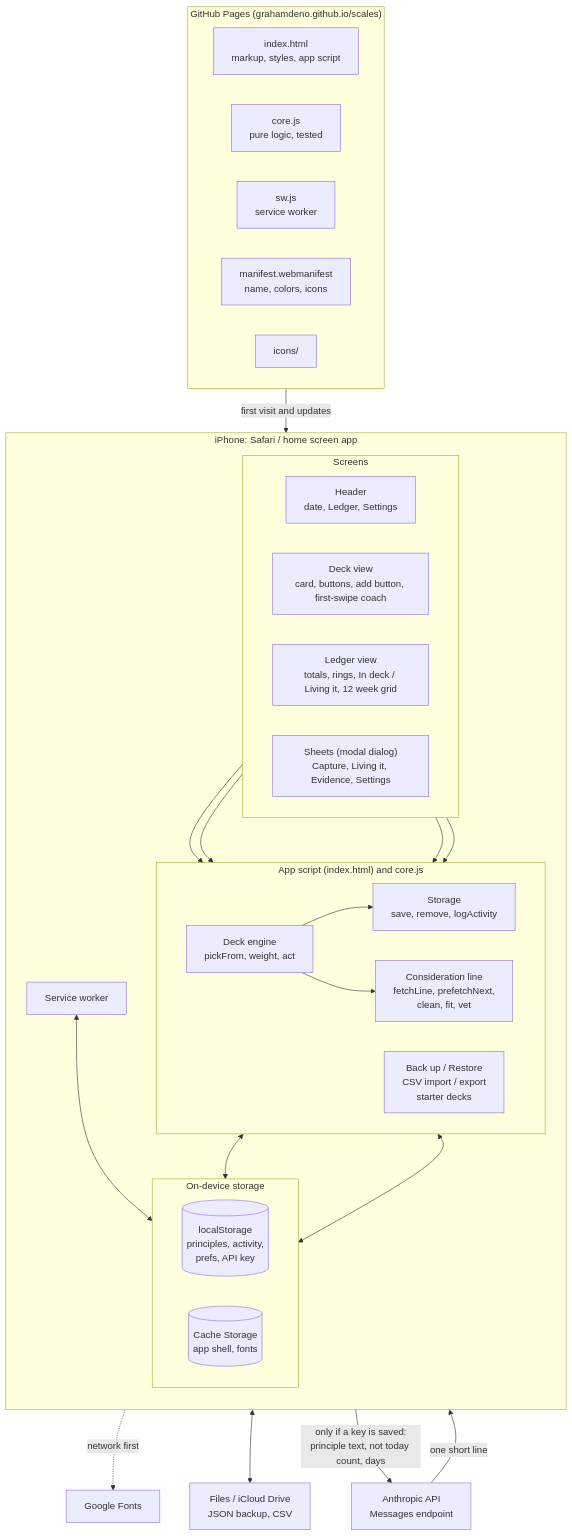
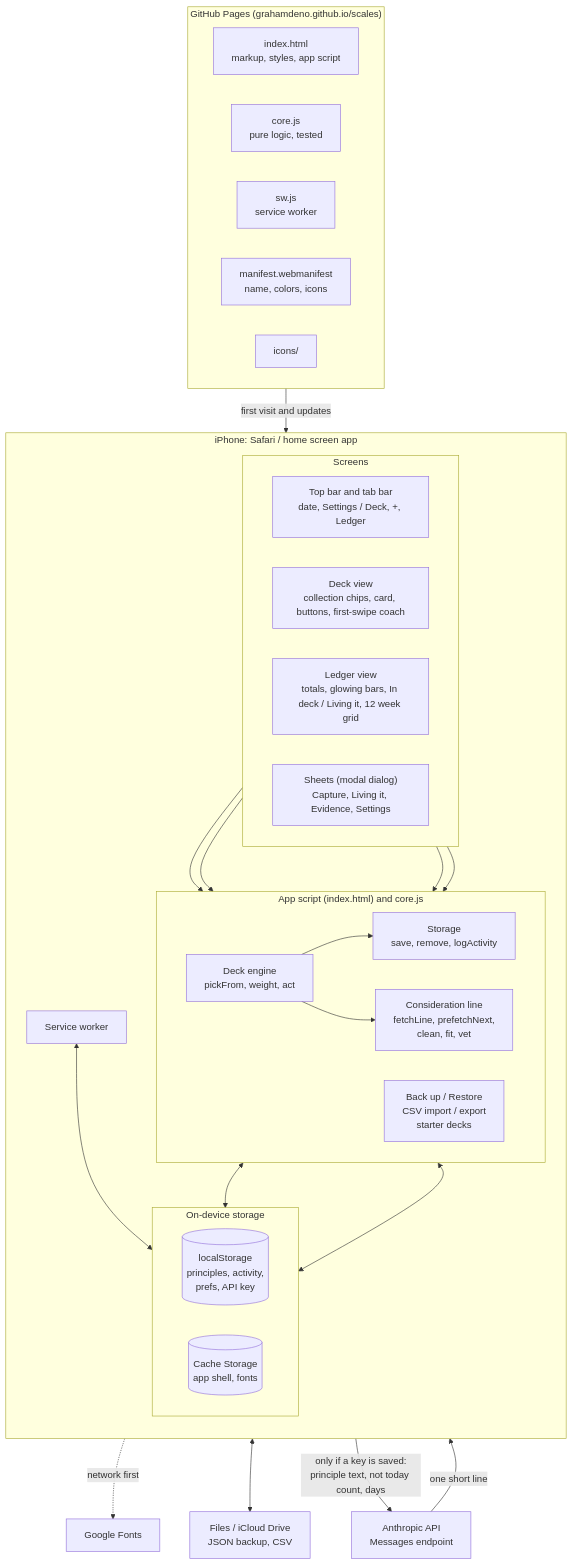
One commit to grahamdeno/scales changed the first of 3 diagrams in docs/ARCHITECTURE.md. Above: the diagram before and after it, drawn with Mermaid. The commit also changed 10 other files, not shown here.

Commit message:
Release 1.27.0: the new look. Hero card with tilt, glow and spring; frosted top bar and tab bar; Fraunces; glowing Ledger bars; collection chips

````diff
--- a/docs/ARCHITECTURE.md
+++ b/docs/ARCHITECTURE.md
@@ -16,59 +16,59 @@
 ```mermaid
 flowchart TB
     subgraph host["GitHub Pages (grahamdeno.github.io/scales)"]
         direction LR
         html["index.html<br/>markup, styles, app script"]
         corefile["core.js<br/>pure logic, tested"]
         swfile["sw.js<br/>service worker"]
         mani["manifest.webmanifest<br/>name, colors, icons"]
         icons["icons/"]
     end
 
     subgraph phone["iPhone: Safari / home screen app"]
         direction TB
 
         subgraph ui["Screens"]
             direction LR
-            header["Header<br/>date, Ledger, Settings"]
-            deck["Deck view<br/>card, buttons, add button, first-swipe coach"]
-            ledger["Ledger view<br/>totals, rings, In deck / Living it, 12 week grid"]
+            header["Top bar and tab bar<br/>date, Settings / Deck, +, Ledger"]
+            deck["Deck view<br/>collection chips, card, buttons, first-swipe coach"]
+            ledger["Ledger view<br/>totals, glowing bars, In deck / Living it, 12 week grid"]
             sheets["Sheets (modal dialog)<br/>Capture, Living it, Evidence, Settings"]
         end
 
         subgraph logic["App script (index.html) and core.js"]
             direction LR
             engine["Deck engine<br/>pickFrom, weight, act"]
             line["Consideration line<br/>fetchLine, prefetchNext,<br/>clean, fit, vet"]
             store["Storage<br/>save, remove, logActivity"]
             io["Back up / Restore<br/>CSV import / export<br/>starter decks"]
         end
 
         subgraph device["On-device storage"]
             direction LR
             ls[("localStorage<br/>principles, activity,<br/>prefs, API key")]
             cache[("Cache Storage<br/>app shell, fonts")]
         end
 
         sw["Service worker"]
     end
 
     fonts["Google Fonts"]
     api["Anthropic API<br/>Messages endpoint"]
     files["Files / iCloud Drive<br/>JSON backup, CSV"]
 
     host -- "first visit and updates" --> sw
     sw <--> cache
     sw -.->|network first| fonts
 
     deck --> engine
     sheets --> engine
     sheets --> io
     engine --> store
     engine --> line
     ledger --> store
     store <--> ls
     io <--> ls
     io <--> files
     line -- "only if a key is saved:<br/>principle text, not today count, days" --> api
     api -- "one short line" --> line
 ```
````
